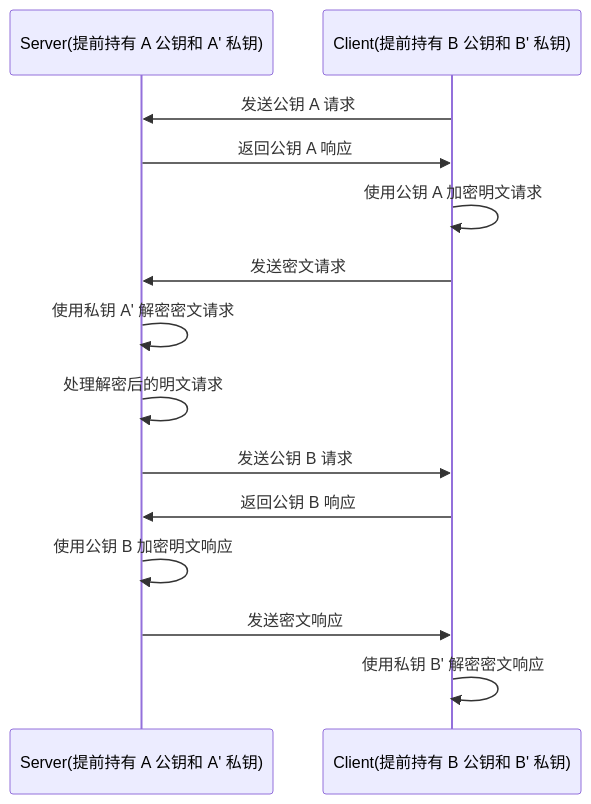
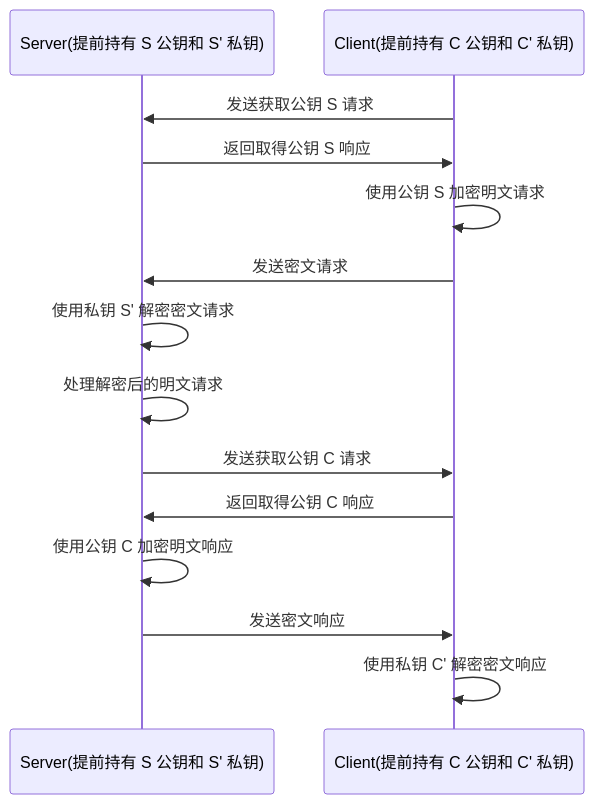
The fourth of 5 diagrams in Computer_Networks_Note/003+limou+2024_03_18+应用层.md (xiaogithubooo/LimouLearnNote), drawn with Mermaid before and after one commit. The commit also changed other lines of this file and 2 other files, not shown here.

````diff
--- a/Computer_Networks_Note/003+limou+2024_03_18+应用层.md
+++ b/Computer_Networks_Note/003+limou+2024_03_18+应用层.md
@@ -3059,18 +3055,18 @@
 ```mermaid
 sequenceDiagram
-    participant Server(提前持有 A 公钥和 A' 私钥)
-    participant Client(提前持有 B 公钥和 B' 私钥)
+    participant Server(提前持有 S 公钥和 S' 私钥)
+    participant Client(提前持有 C 公钥和 C' 私钥)
 
-    Client(提前持有 B 公钥和 B' 私钥)->>Server(提前持有 A 公钥和 A' 私钥): 发送公钥 A 请求
-    Server(提前持有 A 公钥和 A' 私钥)->>Client(提前持有 B 公钥和 B' 私钥): 返回公钥 A 响应
-    Client(提前持有 B 公钥和 B' 私钥)->>Client(提前持有 B 公钥和 B' 私钥): 使用公钥 A 加密明文请求
-    Client(提前持有 B 公钥和 B' 私钥)->>Server(提前持有 A 公钥和 A' 私钥): 发送密文请求
-    Server(提前持有 A 公钥和 A' 私钥)->>Server(提前持有 A 公钥和 A' 私钥): 使用私钥 A' 解密密文请求
-    Server(提前持有 A 公钥和 A' 私钥)->>Server(提前持有 A 公钥和 A' 私钥): 处理解密后的明文请求
+    Client(提前持有 C 公钥和 C' 私钥)->>Server(提前持有 S 公钥和 S' 私钥): 发送获取公钥 S 请求
+    Server(提前持有 S 公钥和 S' 私钥)->>Client(提前持有 C 公钥和 C' 私钥): 返回取得公钥 S 响应
+    Client(提前持有 C 公钥和 C' 私钥)->>Client(提前持有 C 公钥和 C' 私钥): 使用公钥 S 加密明文请求
+    Client(提前持有 C 公钥和 C' 私钥)->>Server(提前持有 S 公钥和 S' 私钥): 发送密文请求
+    Server(提前持有 S 公钥和 S' 私钥)->>Server(提前持有 S 公钥和 S' 私钥): 使用私钥 S' 解密密文请求
+    Server(提前持有 S 公钥和 S' 私钥)->>Server(提前持有 S 公钥和 S' 私钥): 处理解密后的明文请求
     
-    Server(提前持有 A 公钥和 A' 私钥)->>Client(提前持有 B 公钥和 B' 私钥): 发送公钥 B 请求
-    Client(提前持有 B 公钥和 B' 私钥)->>Server(提前持有 A 公钥和 A' 私钥): 返回公钥 B 响应
-    Server(提前持有 A 公钥和 A' 私钥)->>Server(提前持有 A 公钥和 A' 私钥): 使用公钥 B 加密明文响应
-    Server(提前持有 A 公钥和 A' 私钥)->>Client(提前持有 B 公钥和 B' 私钥): 发送密文响应
-    Client(提前持有 B 公钥和 B' 私钥)->>Client(提前持有 B 公钥和 B' 私钥): 使用私钥 B' 解密密文响应
+    Server(提前持有 S 公钥和 S' 私钥)->>Client(提前持有 C 公钥和 C' 私钥): 发送获取公钥 C 请求
+    Client(提前持有 C 公钥和 C' 私钥)->>Server(提前持有 S 公钥和 S' 私钥): 返回取得公钥 C 响应
+    Server(提前持有 S 公钥和 S' 私钥)->>Server(提前持有 S 公钥和 S' 私钥): 使用公钥 C 加密明文响应
+    Server(提前持有 S 公钥和 S' 私钥)->>Client(提前持有 C 公钥和 C' 私钥): 发送密文响应
+    Client(提前持有 C 公钥和 C' 私钥)->>Client(提前持有 C 公钥和 C' 私钥): 使用私钥 C' 解密密文响应
 ```
````
